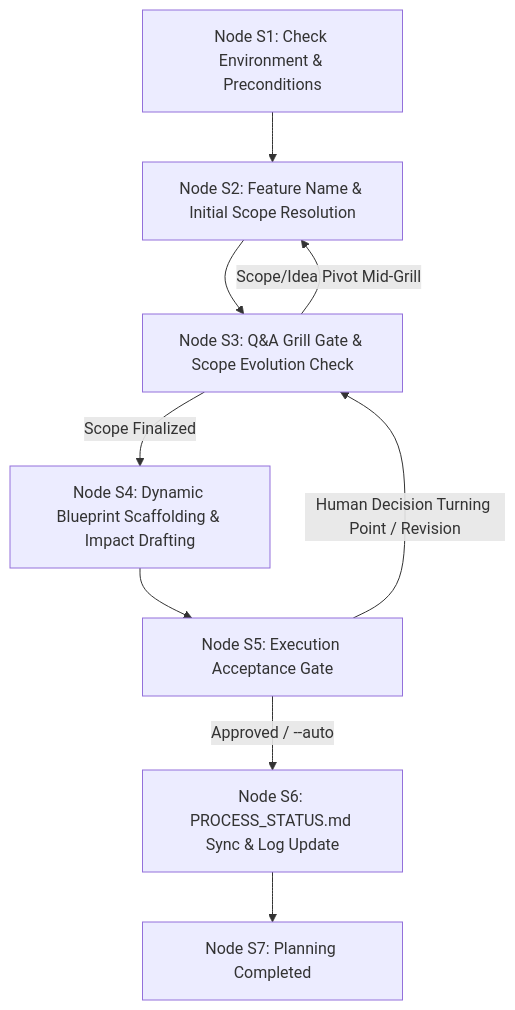
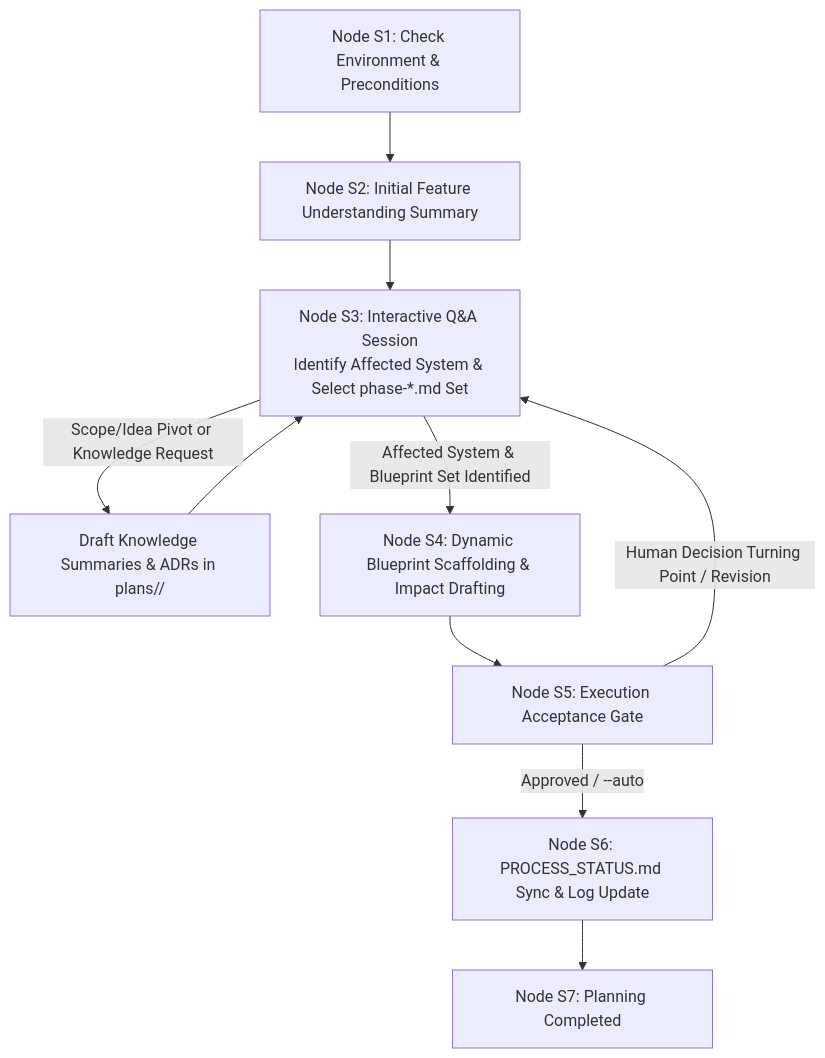
The second of 3 diagrams in fullstack_software_dev/plan/plan_workflow.md (hrvthgergo/agent-driven-templates), drawn with Mermaid before and after one commit. The commit also changed other lines of this file, not shown here.

Commit message:
docs(plan): define /plan as resource usage rule, initial summary start, and affected system Q&A

````diff
--- a/fullstack_software_dev/plan/plan_workflow.md
+++ b/fullstack_software_dev/plan/plan_workflow.md
@@ -114,11 +118,12 @@
 ```mermaid
 graph TD
-    S1[Node S1: Check Environment & Preconditions] --> S2[Node S2: Feature Name & Initial Scope Resolution]
-    S2 --> S3[Node S3: Q&A Grill Gate & Scope Evolution Check]
-    S3 -->|Scope/Idea Pivot Mid-Grill| S2
-    S3 -->|Scope Finalized| S4[Node S4: Dynamic Blueprint Scaffolding & Impact Drafting]
+    S1[Node S1: Check Environment & Preconditions] --> S2[Node S2: Initial Feature Understanding Summary]
+    S2 --> S3[Node S3: Interactive Q&A Session<br/>Identify Affected System & Select phase-*.md Set]
+    S3 -->|Scope/Idea Pivot or Knowledge Request| S3_Docs[Draft Knowledge Summaries & ADRs in plans/<feature-name>/]
+    S3_Docs --> S3
+    S3 -->|Affected System & Blueprint Set Identified| S4[Node S4: Dynamic Blueprint Scaffolding & Impact Drafting]
     S4 --> S5[Node S5: Execution Acceptance Gate]
     S5 -->|Human Decision Turning Point / Revision| S3
     S5 -->|Approved / --auto| S6[Node S6: PROCESS_STATUS.md Sync & Log Update]
     S6 --> S7[Node S7: Planning Completed]
 ```
````
